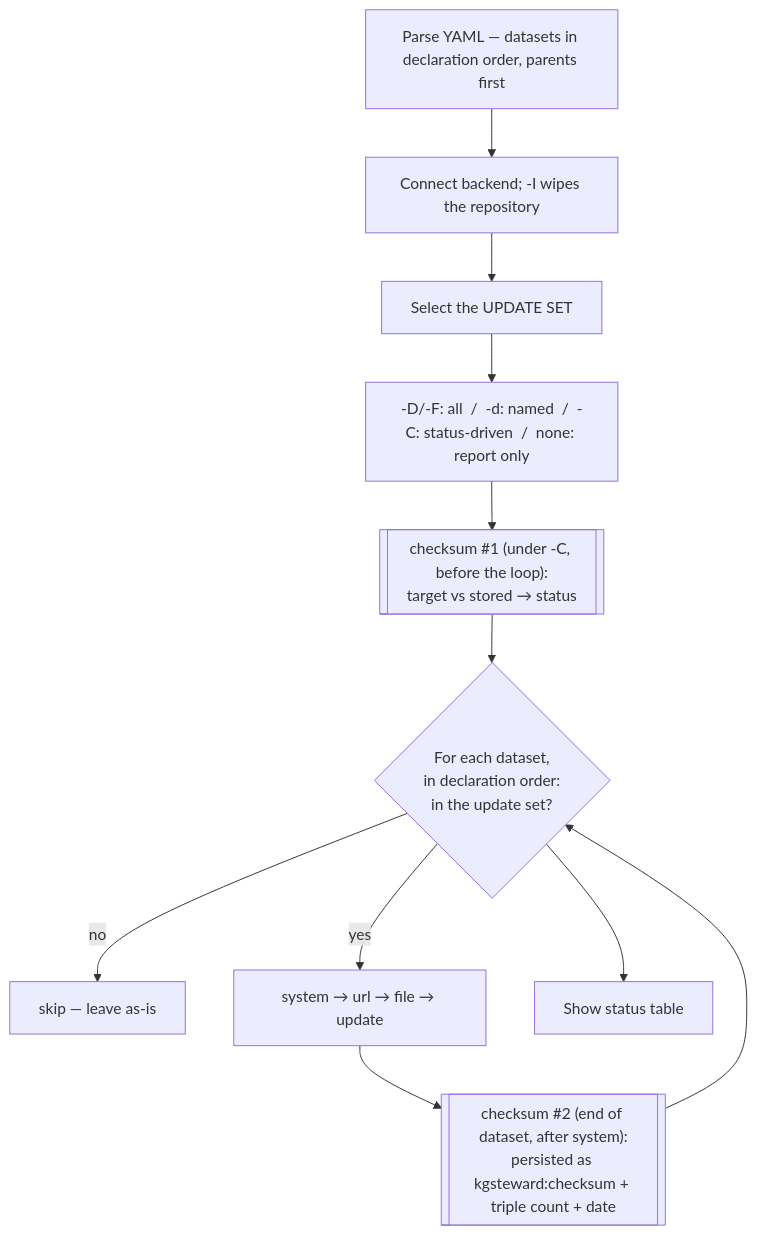
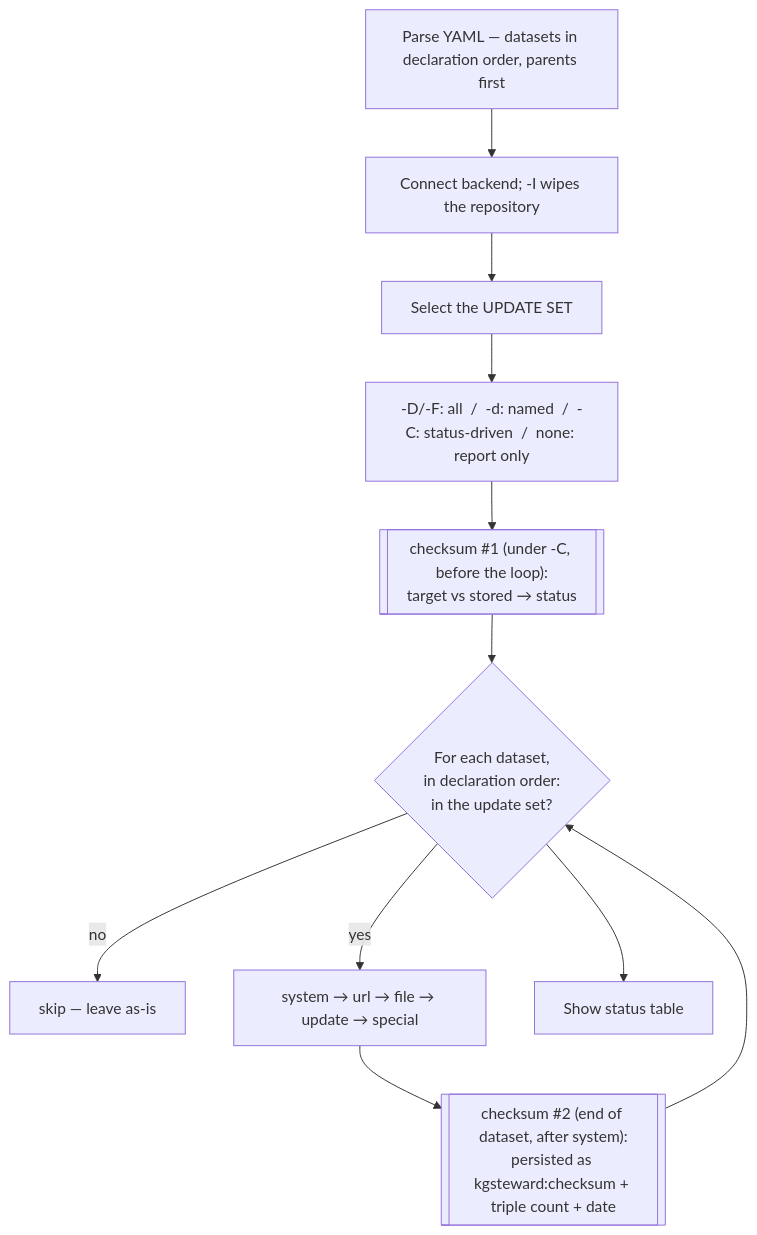
Before and after one commit to sib-swiss/kgsteward: the first of 2 diagrams in doc/execution_model.md, drawn with Mermaid. The commit also changed other lines of this file, not shown here.

First line of the commit message:
doc: add special to clause order; clarify replace is not a stage

````diff
--- a/doc/execution_model.md
+++ b/doc/execution_model.md
@@ -16,13 +16,13 @@
 ```mermaid
 flowchart TD
     A[Parse YAML — datasets in declaration order, parents first] --> B[Connect backend; -I wipes the repository]
     B --> C[Select the UPDATE SET]
     C --> C1["-D/-F: all  /  -d: named  /  -C: status-driven  /  none: report only"]
     C1 --> K1[["checksum #1 (under -C, before the loop):<br/>target vs stored → status"]]
     K1 --> L{For each dataset,<br/>in declaration order:<br/>in the update set?}
     L -- no --> S[skip — leave as-is]
-    L -- yes --> P[system → url → file → update]
+    L -- yes --> P[system → url → file → update → special]
     P --> K2[["checksum #2 (end of dataset, after system):<br/>persisted as kgsteward:checksum + triple count + date"]]
     K2 --> L
     L --> Z[Show status table]
 ```
````
